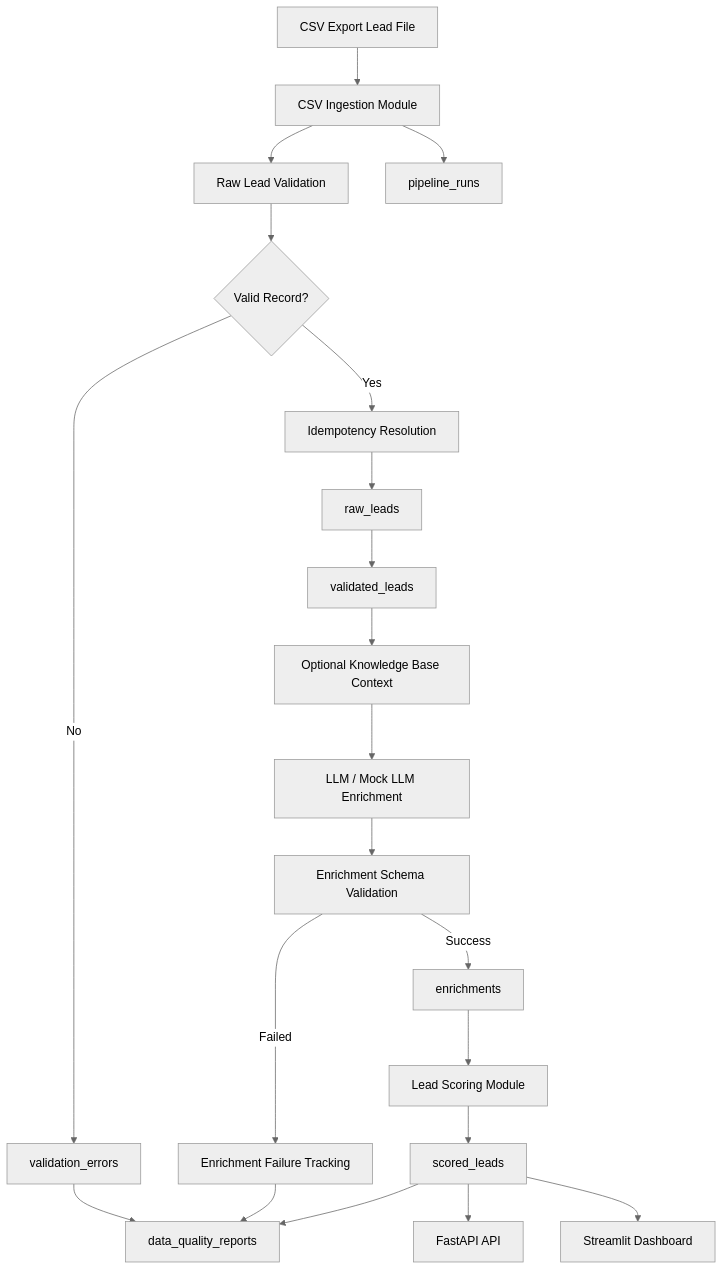
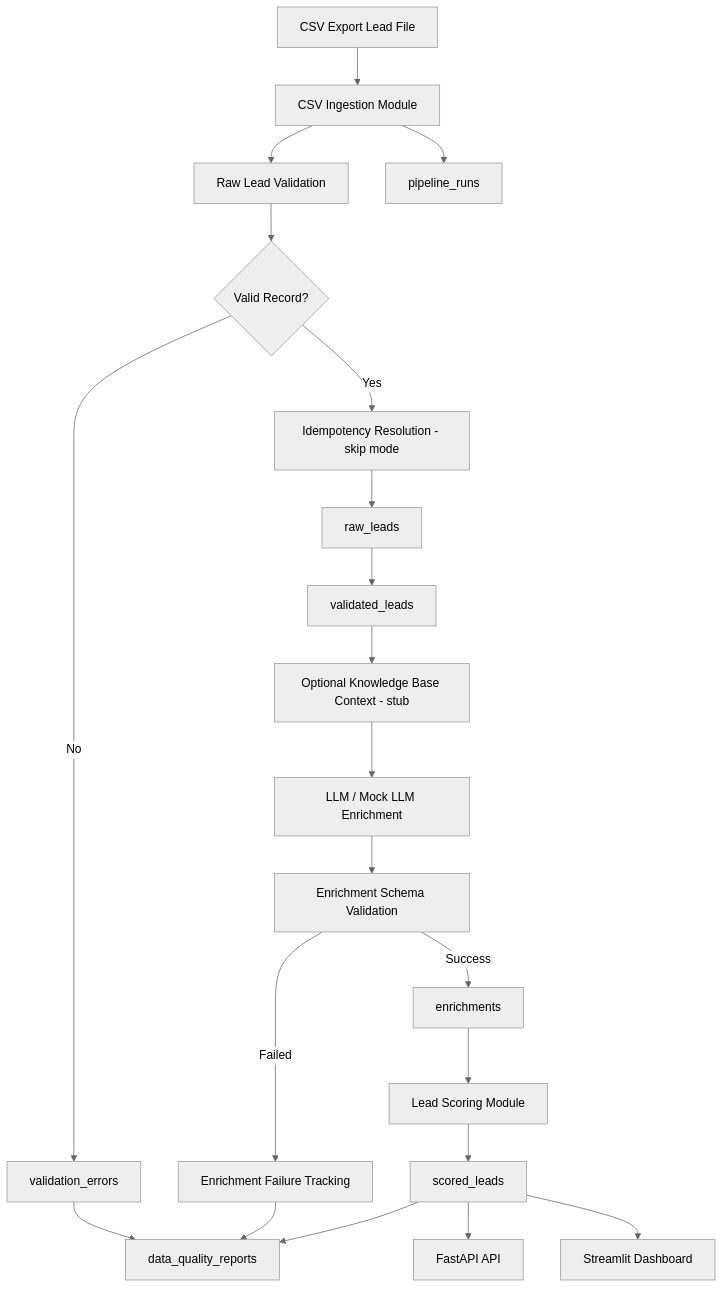
The first of 2 diagrams in README.md (OzgurKaptann/ai-export-intelligence-pipeline), drawn with Mermaid (neutral theme) before and after one commit. The commit also changed other lines of this file and 3 other files, not shown here.

Commit message:
docs: add comprehensive readme, architecture guide, and demo script

````diff
--- a/README.md
+++ b/README.md
@@ -82,30 +89,30 @@
 ```mermaid
 flowchart TD
     A[CSV Export Lead File] --> B[CSV Ingestion Module]
     B --> C[Raw Lead Validation]
     C --> D{Valid Record?}
 
     D -- No --> E[validation_errors]
-    D -- Yes --> F[Idempotency Resolution]
+    D -- Yes --> F[Idempotency Resolution - skip mode]
 
     F --> G[raw_leads]
     G --> H[validated_leads]
 
-    H --> I[Optional Knowledge Base Context]
+    H --> I[Optional Knowledge Base Context - stub]
     I --> J[LLM / Mock LLM Enrichment]
     J --> K[Enrichment Schema Validation]
 
     K -- Failed --> L[Enrichment Failure Tracking]
     K -- Success --> M[enrichments]
 
     M --> N[Lead Scoring Module]
     N --> O[scored_leads]
 
     O --> P[FastAPI API]
     O --> Q[Streamlit Dashboard]
 
     B --> R[pipeline_runs]
     E --> S[data_quality_reports]
     L --> S
     O --> S
 ```
````
